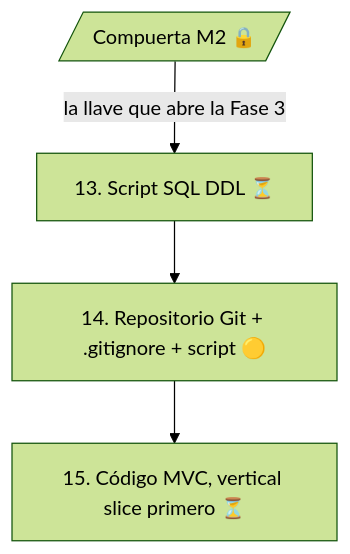
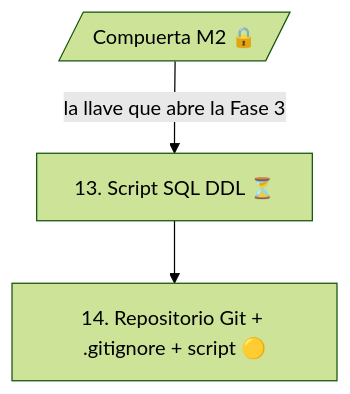
One commit to estebanvasquez0204-cyber/Mesa-TI-Solicitud-e-Incidente- changed the diagram in docs/fase_3/README.md. Above: the diagram before and after it, drawn with Mermaid (forest theme). The commit also changed other lines of this file, not shown here.

````diff
--- a/docs/fase_3/README.md
+++ b/docs/fase_3/README.md
@@ -14,6 +15,5 @@
 ```mermaid
 flowchart TD
     M2[/Compuerta M2 🔒/] -->|la llave que abre la Fase 3| S13[13. Script SQL DDL ⏳]
     S13 --> S14[14. Repositorio Git + .gitignore + script 🟡]
-    S14 --> S15[15. Código MVC, vertical slice primero ⏳]
 ```
````
